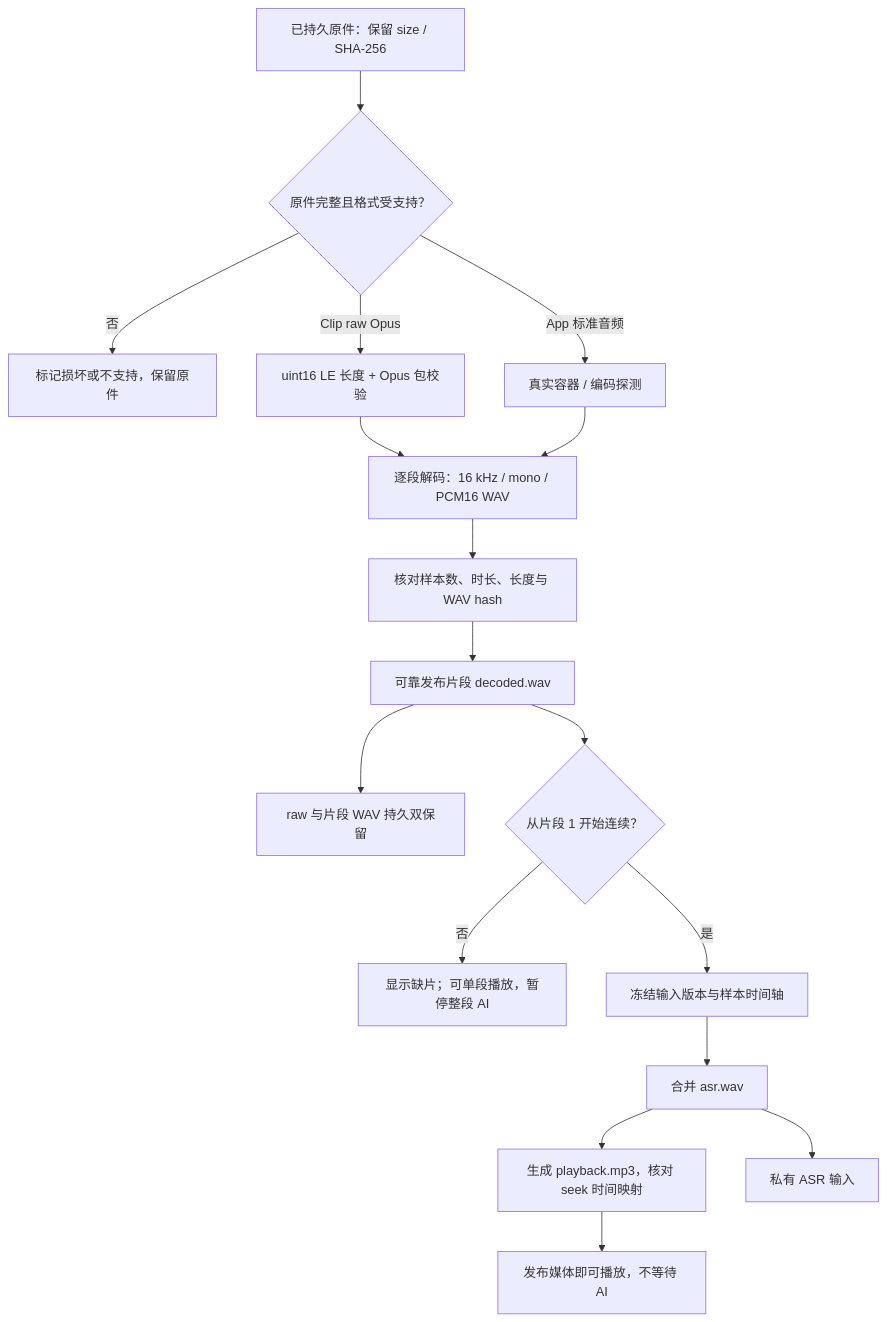
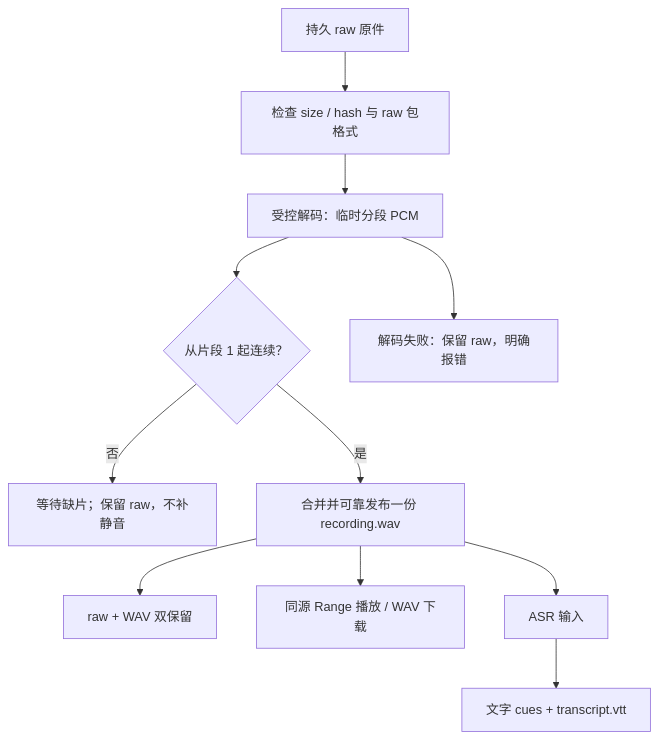
One commit to boboliu-1010/speaker changed the diagram in docs/assets/diagrams/05-decode-and-retain.mmd. Above: the diagram before and after it, drawn with Mermaid. The commit also changed 34 other files, not shown here.

```diff
--- a/docs/assets/diagrams/05-decode-and-retain.mmd
+++ b/docs/assets/diagrams/05-decode-and-retain.mmd
@@ -1,17 +1,11 @@
 flowchart TB
-    Raw["已持久原件：保留 size / SHA-256"] --> Verify{"原件完整且格式受支持？"}
-    Verify -->|"否"| Fail["标记损坏或不支持，保留原件"]
-    Verify -->|"Clip raw Opus"| Parse["uint16 LE 长度 + Opus 包校验"]
-    Verify -->|"App 标准音频"| Probe["真实容器 / 编码探测"]
-    Parse --> PCM["逐段解码：16 kHz / mono / PCM16 WAV"]
-    Probe --> PCM
-    PCM --> Check["核对样本数、时长、长度与 WAV hash"]
-    Check --> Segment["可靠发布片段 decoded.wav"]
-    Segment --> Keep["raw 与片段 WAV 持久双保留"]
-    Segment --> Continuity{"从片段 1 开始连续？"}
-    Continuity -->|"否"| Gap["显示缺片；可单段播放，暂停整段 AI"]
-    Continuity -->|"是"| Snapshot["冻结输入版本与样本时间轴"]
-    Snapshot --> Session["合并 asr.wav"]
-    Session --> MP3["生成 playback.mp3，核对 seek 时间映射"]
-    MP3 --> Play["发布媒体即可播放，不等待 AI"]
-    Session --> ASR["私有 ASR 输入"]
+    Raw["持久 raw 原件"] --> Hash["检查 size / hash 与 raw 包格式"]
+    Hash --> Decode["受控解码：临时分段 PCM"]
+    Decode --> Continuous{"从片段 1 起连续？"}
+    Continuous -->|"否"| Wait["等待缺片；保留 raw，不补静音"]
+    Continuous -->|"是"| WAV["合并并可靠发布一份 recording.wav"]
+    WAV --> Keep["raw + WAV 双保留"]
+    WAV --> Play["同源 Range 播放 / WAV 下载"]
+    WAV --> ASR["ASR 输入"]
+    ASR --> VTT["文字 cues + transcript.vtt"]
+    Decode --> Error["解码失败：保留 raw，明确报错"]
```
